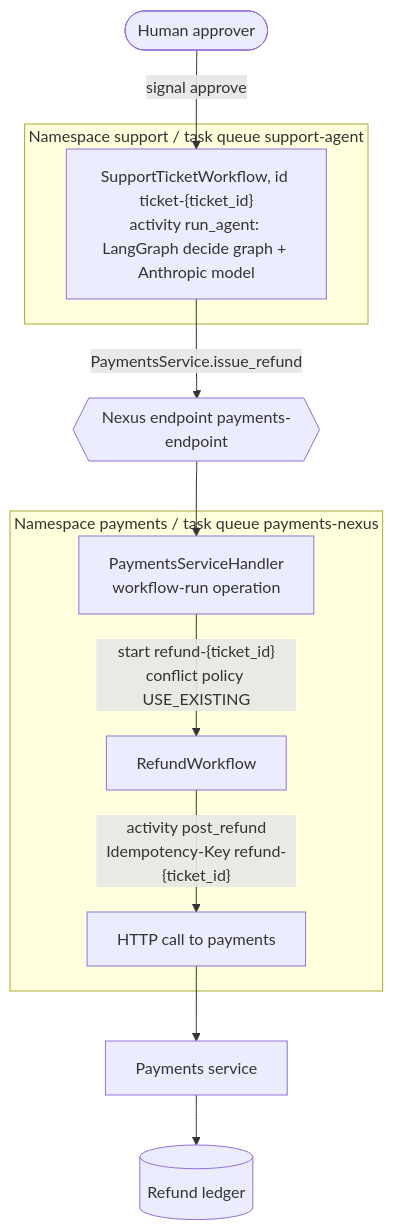
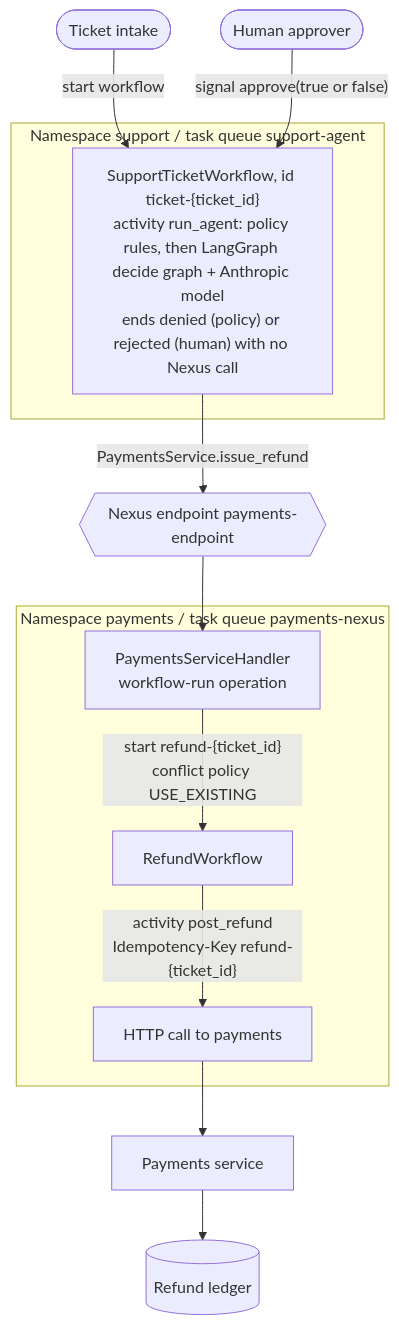
Before and after one commit to agileresearchservices/paid-once: the second of 5 diagrams in docs/architecture.md, drawn with Mermaid. The commit also changed other lines of this file and 24 other files, not shown here.

First line of the commit message:
The front of the flow: helpdesk, agent policy check, human approve or deny (#15)

````diff
--- a/docs/architecture.md
+++ b/docs/architecture.md
@@ -37,14 +39,15 @@
 ```mermaid
 flowchart TB
-    Approver([Human approver]) -->|"signal approve"| SupportWF
+    Helpdesk([Ticket intake]) -->|start workflow| SupportWF
+    Approver([Human approver]) -->|"signal approve(true or false)"| SupportWF
     subgraph SupportNS["Namespace support / task queue support-agent"]
-        SupportWF["SupportTicketWorkflow, id ticket-{ticket_id}<br/>activity run_agent: LangGraph decide graph + Anthropic model"]
+        SupportWF["SupportTicketWorkflow, id ticket-{ticket_id}<br/>activity run_agent: policy rules, then LangGraph decide graph + Anthropic model<br/>ends denied (policy) or rejected (human) with no Nexus call"]
     end
     SupportWF -->|"PaymentsService.issue_refund"| Endpoint{{"Nexus endpoint payments-endpoint"}}
     Endpoint --> Handler
     subgraph PaymentsNS["Namespace payments / task queue payments-nexus"]
         Handler["PaymentsServiceHandler<br/>workflow-run operation"] -->|"start refund-{ticket_id}<br/>conflict policy USE_EXISTING"| RefundWF["RefundWorkflow"]
         RefundWF -->|"activity post_refund<br/>Idempotency-Key refund-{ticket_id}"| Post["HTTP call to payments"]
     end
     Post --> Payments[Payments service] --> Ledger[(Refund ledger)]
 ```
````
